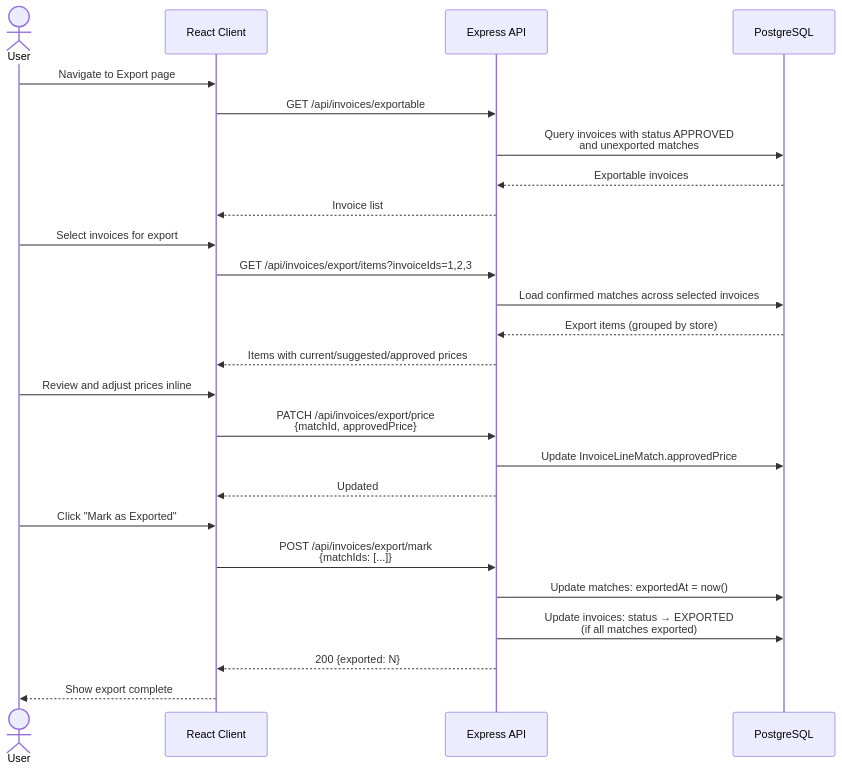
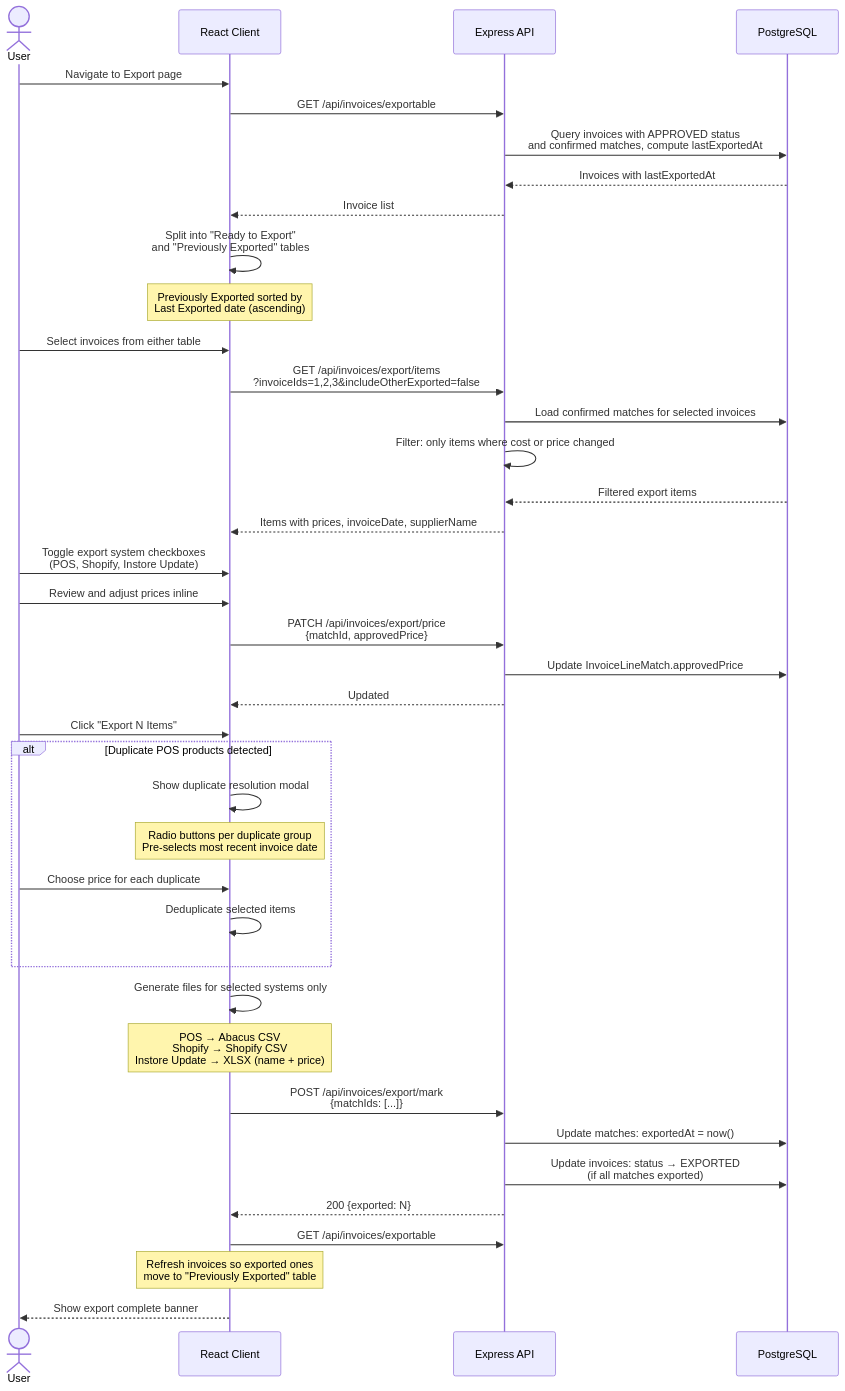
Before and after one commit to rsingh79/RetailEdgeAI: the eighth of 12 diagrams in docs/SEQUENCE_DIAGRAMS.md, drawn with Mermaid. The commit also changed other lines of this file and 2 other files, not shown here.

First line of the commit message:
Update docs: architecture, BRD, and sequence diagrams for new features

````diff
--- a/docs/SEQUENCE_DIAGRAMS.md
+++ b/docs/SEQUENCE_DIAGRAMS.md
@@ -349,31 +349,50 @@
 ```mermaid
 sequenceDiagram
     actor User
     participant Client as React Client
     participant API as Express API
     participant DB as PostgreSQL
 
     User->>Client: Navigate to Export page
     Client->>API: GET /api/invoices/exportable
-    API->>DB: Query invoices with status APPROVED<br/>and unexported matches
-    DB-->>API: Exportable invoices
+    API->>DB: Query invoices with APPROVED status<br/>and confirmed matches, compute lastExportedAt
+    DB-->>API: Invoices with lastExportedAt
     API-->>Client: Invoice list
 
-    User->>Client: Select invoices for export
-    Client->>API: GET /api/invoices/export/items?invoiceIds=1,2,3
-    API->>DB: Load confirmed matches across selected invoices
-    DB-->>API: Export items (grouped by store)
-    API-->>Client: Items with current/suggested/approved prices
+    Client->>Client: Split into "Ready to Export"<br/>and "Previously Exported" tables
+    Note over Client: Previously Exported sorted by<br/>Last Exported date (ascending)
 
+    User->>Client: Select invoices from either table
+    Client->>API: GET /api/invoices/export/items<br/>?invoiceIds=1,2,3&includeOtherExported=false
+    API->>DB: Load confirmed matches for selected invoices
+    API->>API: Filter: only items where cost or price changed
+    DB-->>API: Filtered export items
+    API-->>Client: Items with prices, invoiceDate, supplierName
+
+    User->>Client: Toggle export system checkboxes<br/>(POS, Shopify, Instore Update)
     User->>Client: Review and adjust prices inline
     Client->>API: PATCH /api/invoices/export/price<br/>{matchId, approvedPrice}
     API->>DB: Update InvoiceLineMatch.approvedPrice
     API-->>Client: Updated
 
-    User->>Client: Click "Mark as Exported"
+    User->>Client: Click "Export N Items"
+
+    alt Duplicate POS products detected
+        Client->>Client: Show duplicate resolution modal
+        Note over Client: Radio buttons per duplicate group<br/>Pre-selects most recent invoice date
+        User->>Client: Choose price for each duplicate
+        Client->>Client: Deduplicate selected items
+    end
+
+    Client->>Client: Generate files for selected systems only
+    Note over Client: POS → Abacus CSV<br/>Shopify → Shopify CSV<br/>Instore Update → XLSX (name + price)
+
     Client->>API: POST /api/invoices/export/mark<br/>{matchIds: [...]}
     API->>DB: Update matches: exportedAt = now()
     API->>DB: Update invoices: status → EXPORTED<br/>(if all matches exported)
     API-->>Client: 200 {exported: N}
-    Client-->>User: Show export complete
+
+    Client->>API: GET /api/invoices/exportable
+    Note over Client: Refresh invoices so exported ones<br/>move to "Previously Exported" table
+    Client-->>User: Show export complete banner
 ```
````
